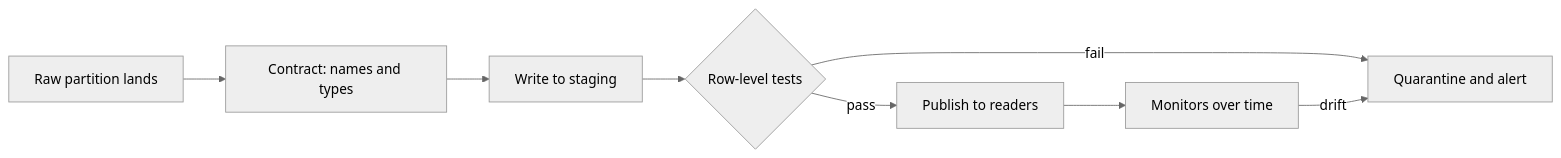
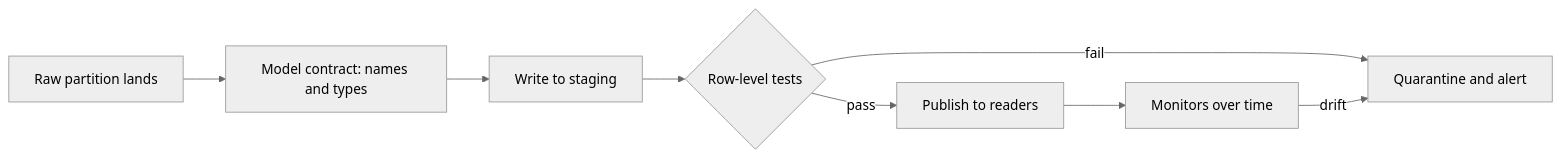
One commit to ramseywise/learn-ai-engineering changed the diagram in data-engineering/05-quality-and-observability/notes/01-quality-dimensions-and-tests.md. Above: the diagram before and after it, drawn with Mermaid (neutral theme). The commit also changed other lines of this file and 36 other files, not shown here.

````diff
--- a/data-engineering/05-quality-and-observability/notes/01-quality-dimensions-and-tests.md
+++ b/data-engineering/05-quality-and-observability/notes/01-quality-dimensions-and-tests.md
@@ -359,10 +359,10 @@
 ```mermaid
 flowchart LR
-  A[Raw partition lands] --> B[Contract: names and types]
+  A[Raw partition lands] --> B[Model contract: names and types]
   B --> C[Write to staging]
   C --> D{Row-level tests}
   D -- pass --> E[Publish to readers]
   D -- fail --> F[Quarantine and alert]
   E --> G[Monitors over time]
   G -- drift --> F
 ```
````
